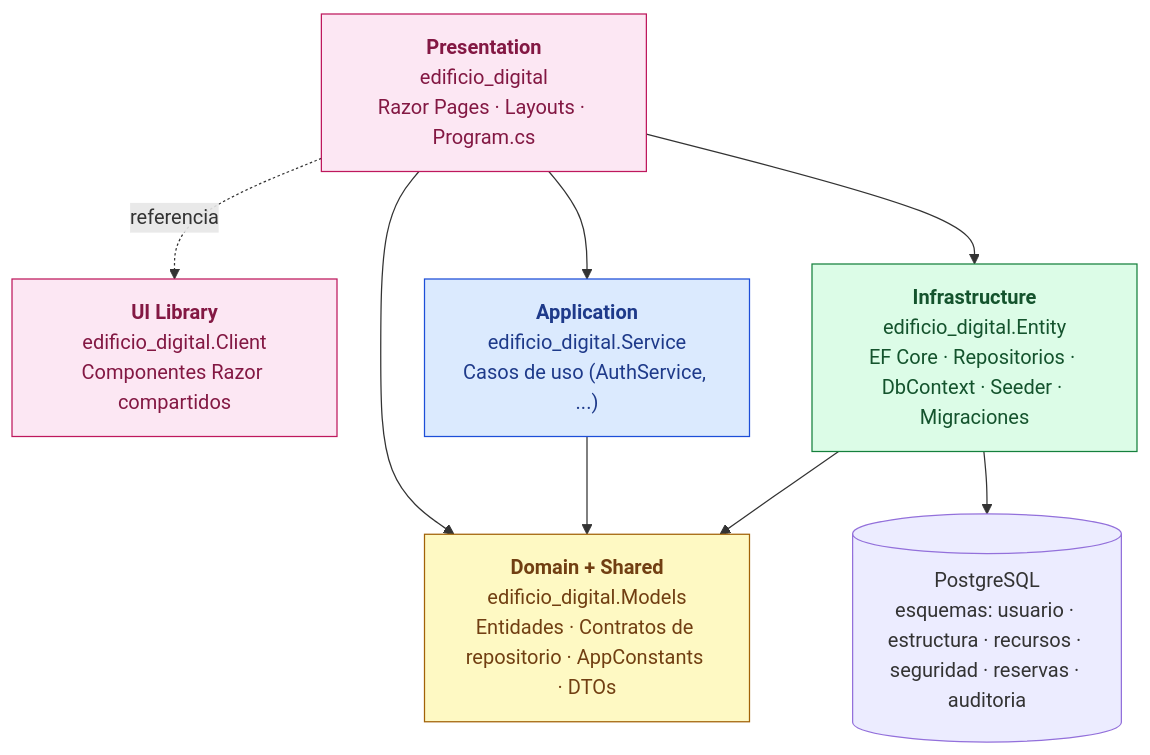
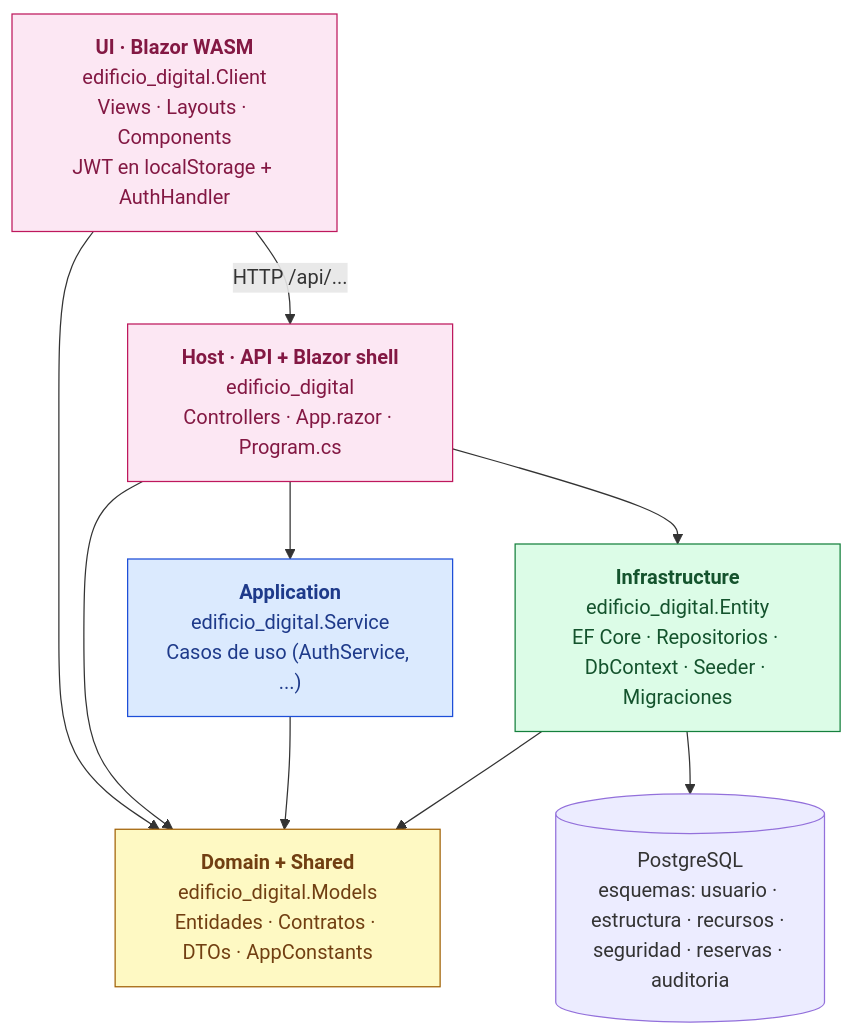
One commit to AngelMamani/edificio_digital changed the first of 2 diagrams in README.md. Above: the diagram before and after it, drawn with Mermaid. The commit also changed other lines of this file and 95 other files, not shown here.

````diff
--- a/README.md
+++ b/README.md
@@ -7,22 +7,23 @@
 ```mermaid
 flowchart TB
     classDef inner fill:#fef9c3,stroke:#a16207,color:#713f12
     classDef app fill:#dbeafe,stroke:#1d4ed8,color:#1e3a8a
     classDef infra fill:#dcfce7,stroke:#15803d,color:#14532d
     classDef pres fill:#fce7f3,stroke:#be185d,color:#831843
 
-    Web["<b>Presentation</b><br/>edificio_digital<br/>Razor Pages · Layouts · Program.cs"]:::pres
-    Client["<b>UI Library</b><br/>edificio_digital.Client<br/>Componentes Razor compartidos"]:::pres
+    Client["<b>UI · Blazor WASM</b><br/>edificio_digital.Client<br/>Views · Layouts · Components<br/>JWT en localStorage + AuthHandler"]:::pres
+    Web["<b>Host · API + Blazor shell</b><br/>edificio_digital<br/>Controllers · App.razor · Program.cs"]:::pres
     App["<b>Application</b><br/>edificio_digital.Service<br/>Casos de uso (AuthService, ...)"]:::app
-    Dom["<b>Domain + Shared</b><br/>edificio_digital.Models<br/>Entidades · Contratos de repositorio · AppConstants · DTOs"]:::inner
+    Dom["<b>Domain + Shared</b><br/>edificio_digital.Models<br/>Entidades · Contratos · DTOs · AppConstants"]:::inner
     Inf["<b>Infrastructure</b><br/>edificio_digital.Entity<br/>EF Core · Repositorios · DbContext · Seeder · Migraciones"]:::infra
     DB[("PostgreSQL<br/>esquemas: usuario · estructura · recursos · seguridad · reservas · auditoria")]
 
+    Client -->|HTTP /api/...| Web
+    Client --> Dom
     Web --> App
     Web --> Inf
     Web --> Dom
-    Web -.referencia.-> Client
     App --> Dom
     Inf --> Dom
     Inf --> DB
 ```
````
